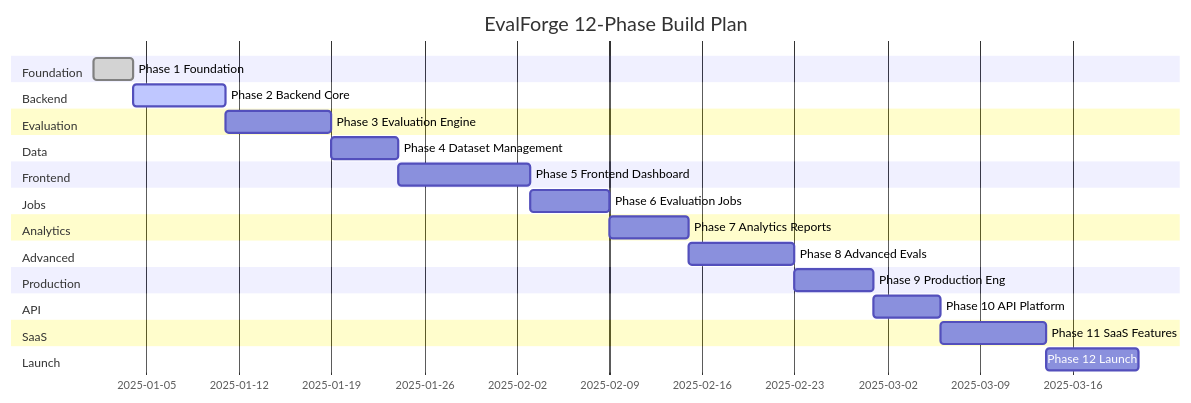
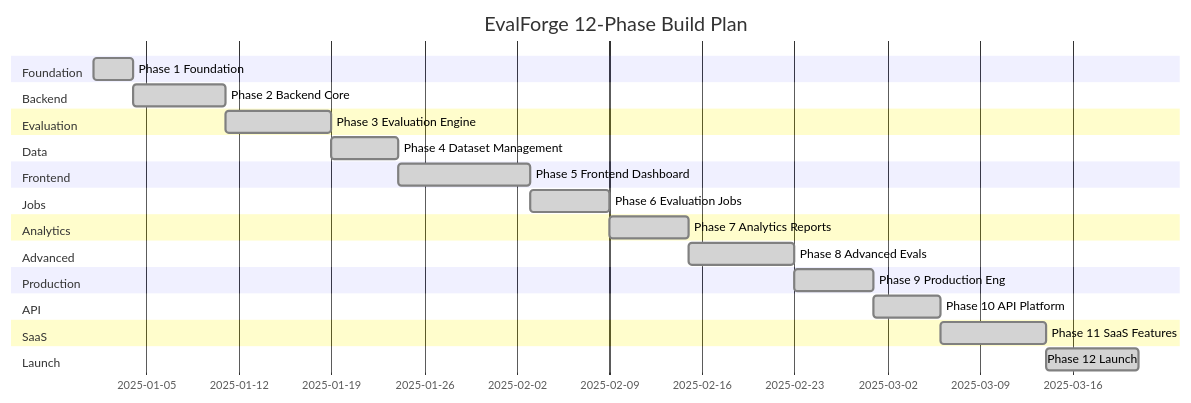
Before and after one commit to hardikkaurani/Eval-Forge: the tenth of 10 diagrams in README.md, drawn with Mermaid. The commit also changed other lines of this file, not shown here.

Commit message:
docs: rewrite README to serve as world-class landing page

````diff
--- a/README.md
+++ b/README.md
@@ -583,29 +583,29 @@
 ```mermaid
 gantt
     title EvalForge 12-Phase Build Plan
     dateFormat YYYY-MM-DD
     section Foundation
     Phase 1 Foundation           :done,    p1, 2025-01-01, 3d
     section Backend
-    Phase 2 Backend Core         :active,  p2, after p1, 7d
+    Phase 2 Backend Core         :done,    p2, after p1, 7d
     section Evaluation
-    Phase 3 Evaluation Engine    :         p3, after p2, 8d
+    Phase 3 Evaluation Engine    :done,    p3, after p2, 8d
     section Data
-    Phase 4 Dataset Management   :         p4, after p3, 5d
+    Phase 4 Dataset Management   :done,    p4, after p3, 5d
     section Frontend
-    Phase 5 Frontend Dashboard   :         p5, after p4, 10d
+    Phase 5 Frontend Dashboard   :done,    p5, after p4, 10d
     section Jobs
-    Phase 6 Evaluation Jobs      :         p6, after p5, 6d
+    Phase 6 Evaluation Jobs      :done,    p6, after p5, 6d
     section Analytics
-    Phase 7 Analytics Reports    :         p7, after p6, 6d
+    Phase 7 Analytics Reports    :done,    p7, after p6, 6d
     section Advanced
-    Phase 8 Advanced Evals       :         p8, after p7, 8d
+    Phase 8 Advanced Evals       :done,    p8, after p7, 8d
     section Production
-    Phase 9 Production Eng       :         p9, after p8, 6d
+    Phase 9 Production Eng       :done,    p9, after p8, 6d
     section API
-    Phase 10 API Platform        :         p10, after p9, 5d
+    Phase 10 API Platform        :done,    p10, after p9, 5d
     section SaaS
-    Phase 11 SaaS Features       :         p11, after p10, 8d
+    Phase 11 SaaS Features       :done,    p11, after p10, 8d
     section Launch
-    Phase 12 Launch              :         p12, after p11, 7d
+    Phase 12 Launch              :done,    p12, after p11, 7d
 ```
````
